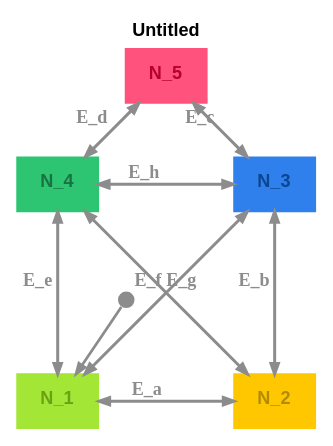
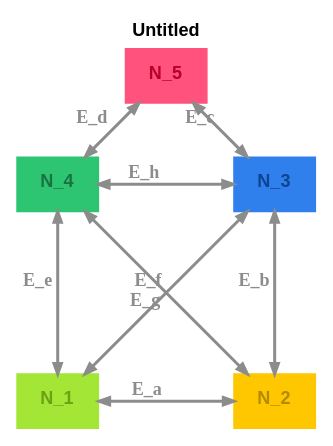
One commit to m-bock/purescript-transit changed the diagram in graphs/house-of-santa-claus.dot. Above: the diagram before and after it, drawn with Graphviz. The commit also changed 31 other files, not shown here.

Commit message:
Enhance Door with Pin examples by introducing dark and light theme graph files. Update README to include new image formats and improve visual representation. Refactor tests to utilize entry points for state transitions, ensuring clarity in documentation and examples.

```diff
--- a/graphs/house-of-santa-claus.dot
+++ b/graphs/house-of-santa-claus.dot
@@ -1,20 +1,18 @@
 digraph 
 {
 rankdir = "TD";fontname = "Arial";label = <<b>Untitled</b>>;labelloc = "t";fontsize = 12;bgcolor = "#ffffff";color = "#000000";fontcolor = "#000000"
 layout=neato
 N_1 [pos="0,0!",shape = "box", label = <<b>N_1</b>>, fontsize = 12, style = "filled", fillcolor = "#a3e635", fontcolor = "#6ca114", color = "#a3e635", fontname = "Arial", labelloc = "c", penwidth = 1.0]
-__Start__ [shape = "circle", label = "", width = 0.15, height = 0.15, fixedsize = true, style = "filled", fillcolor = "#8c8c8c", penwidth = 0.0]
-__Start__ -> N_1 [color = "#8c8c8c", fontsize = 12, arrowsize = "0.7", penwidth = 1.8]
 N_2 [pos="2,0!",shape = "box", label = <<b>N_2</b>>, fontsize = 12, style = "filled", fillcolor = "#ffc700", fontcolor = "#b38b00", color = "#ffc700", fontname = "Arial", labelloc = "c", penwidth = 1.0]
 N_2 -> N_1 [color = "#8c8c8c", fontcolor = "#8c8c8c", fontsize = 12, label = <<b>E_a</b>>, arrowsize = "1.5", penwidth = 2.0, dir = "both", arrowsize = "0.7"]
 N_3 [pos="2,2!",shape = "box", label = <<b>N_3</b>>, fontsize = 12, style = "filled", fillcolor = "#2f80ed", fontcolor = "#0c4590", color = "#2f80ed", fontname = "Arial", labelloc = "c", penwidth = 1.0]
 N_3 -> N_2 [color = "#8c8c8c", fontcolor = "#8c8c8c", fontsize = 12, label = <<b>E_b</b>>, arrowsize = "1.5", penwidth = 2.0, dir = "both", arrowsize = "0.7"]
 N_3 -> N_1 [color = "#8c8c8c", fontcolor = "#8c8c8c", fontsize = 12, label = <<b>E_f</b>>, arrowsize = "1.5", penwidth = 2.0, dir = "both", arrowsize = "0.7"]
 N_5 [pos="1,3!",shape = "box", label = <<b>N_5</b>>, fontsize = 12, style = "filled", fillcolor = "#ff527c", fontcolor = "#b8002c", color = "#ff527c", fontname = "Arial", labelloc = "c", penwidth = 1.0]
 N_5 -> N_3 [color = "#8c8c8c", fontcolor = "#8c8c8c", fontsize = 12, label = <<b>E_c</b>>, arrowsize = "1.5", penwidth = 2.0, dir = "both", arrowsize = "0.7"]
 N_5 -> N_4 [color = "#8c8c8c", fontcolor = "#8c8c8c", fontsize = 12, label = <<b>E_d</b>>, arrowsize = "1.5", penwidth = 2.0, dir = "both", arrowsize = "0.7"]
 N_4 [pos="0,2!",shape = "box", label = <<b>N_4</b>>, fontsize = 12, style = "filled", fillcolor = "#2dc472", fontcolor = "#1a7142", color = "#2dc472", fontname = "Arial", labelloc = "c", penwidth = 1.0]
 N_4 -> N_1 [color = "#8c8c8c", fontcolor = "#8c8c8c", fontsize = 12, label = <<b>E_e</b>>, arrowsize = "1.5", penwidth = 2.0, dir = "both", arrowsize = "0.7"]
 N_4 -> N_2 [color = "#8c8c8c", fontcolor = "#8c8c8c", fontsize = 12, label = <<b>E_g</b>>, arrowsize = "1.5", penwidth = 2.0, dir = "both", arrowsize = "0.7"]
 N_4 -> N_3 [color = "#8c8c8c", fontcolor = "#8c8c8c", fontsize = 12, label = <<b>E_h</b>>, arrowsize = "1.5", penwidth = 2.0, dir = "both", arrowsize = "0.7"]
 }
```
